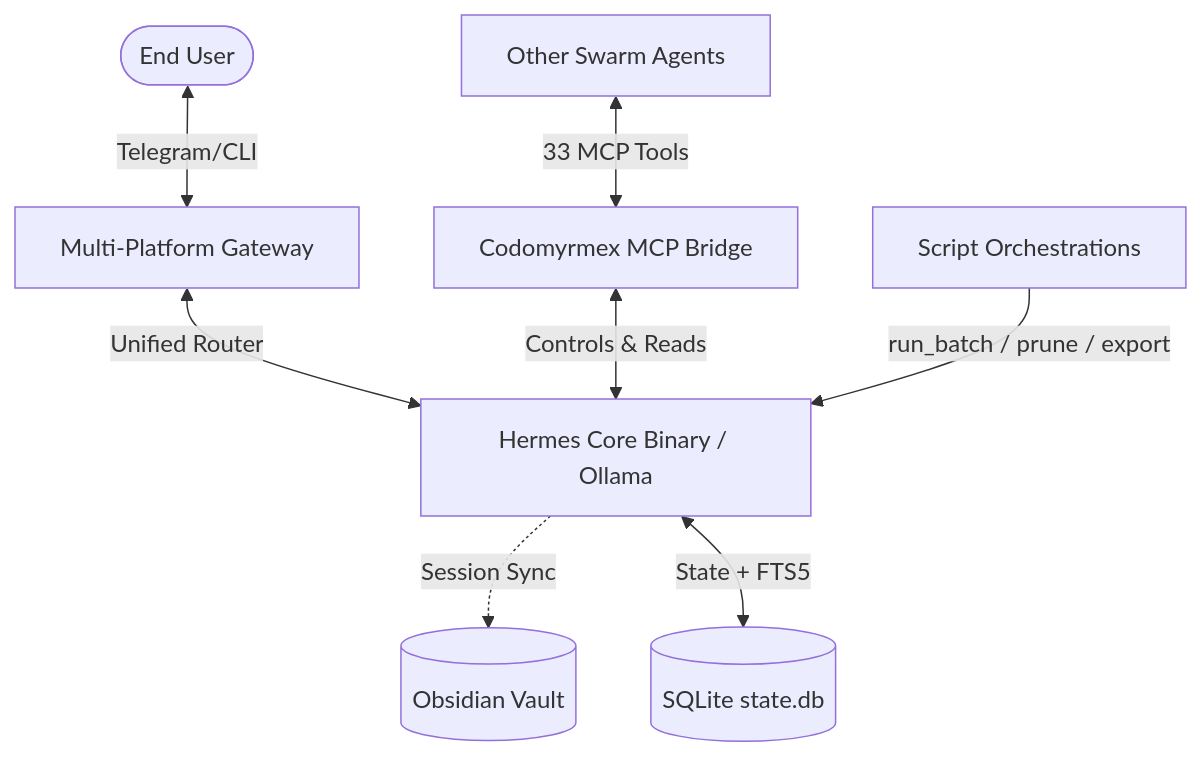
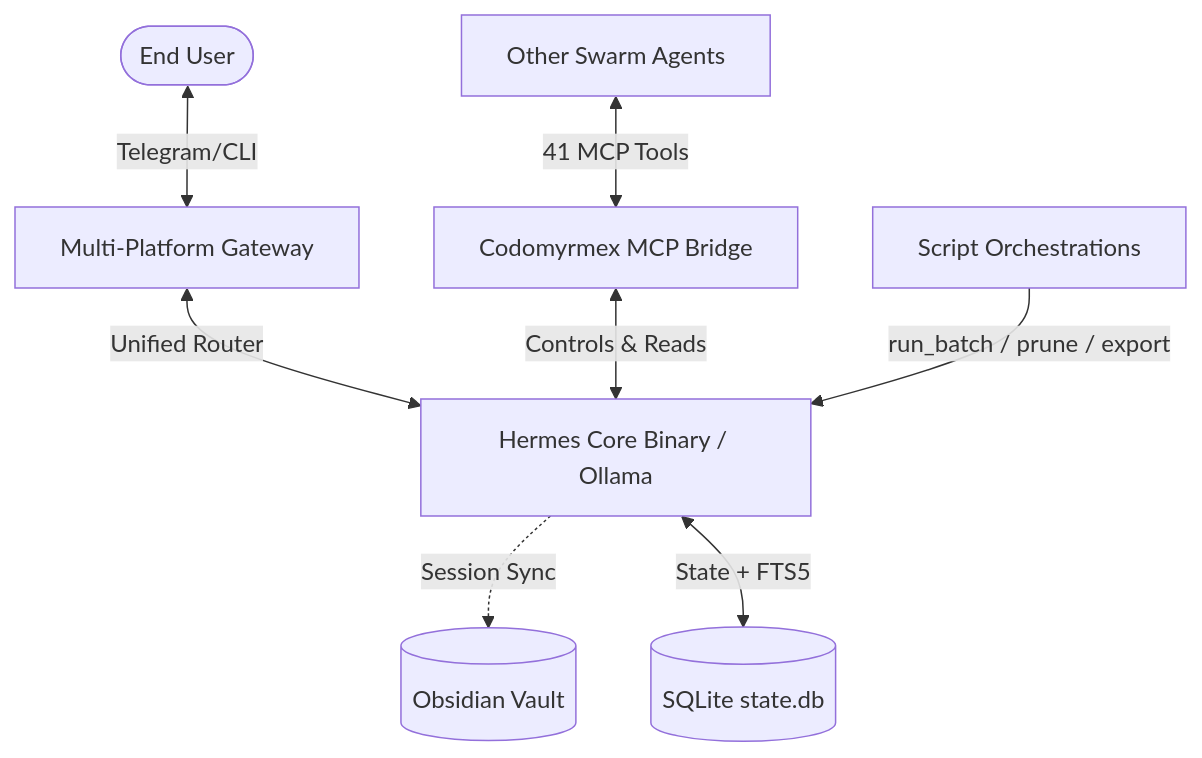
Before and after one commit to docxology/codomyrmex: the first of 6 diagrams in docs/agents/hermes/codomyrmex_integration.md, drawn with Mermaid. The commit also changed other lines of this file and 58 other files, not shown here.

````diff
--- a/docs/agents/hermes/codomyrmex_integration.md
+++ b/docs/agents/hermes/codomyrmex_integration.md
@@ -6,10 +6,10 @@
 ```mermaid
 graph TD
     User([End User]) <--> |Telegram/CLI| Gateway[Multi-Platform Gateway]
     Gateway <--> |Unified Router| HermesCore[Hermes Core Binary / Ollama]
-    Agent[Other Swarm Agents] <--> |33 MCP Tools| CodomyrmexBridge[Codomyrmex MCP Bridge]
+    Agent[Other Swarm Agents] <--> |41 MCP Tools| CodomyrmexBridge[Codomyrmex MCP Bridge]
     CodomyrmexBridge <--> |Controls & Reads| HermesCore
     HermesCore -.-> |Session Sync| LocalVault[(Obsidian Vault)]
     HermesCore <--> |State + FTS5| SQLite[(SQLite state.db)]
     Scripts[Script Orchestrations] --> |run_batch / prune / export| HermesCore
 ```
````
